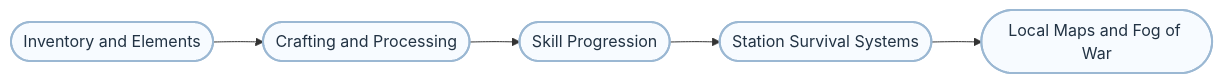
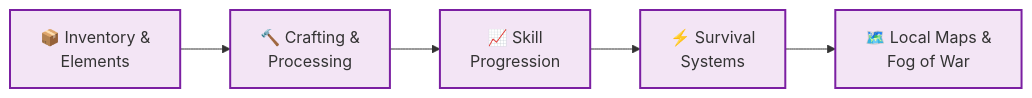
Before and after one commit to Bella-Addormentata/StarStationFurlong: the third of 6 diagrams in ROADMAP.md, drawn with Mermaid. The commit also changed other lines of this file, not shown here.

Commit message:
style(roadmap): modernize visual design and improve readability

````diff
--- a/ROADMAP.md
+++ b/ROADMAP.md
@@ -84,8 +95,13 @@
 ```mermaid
-flowchart LR
-    classDef future fill:#f7fbff,stroke:#9bb8d3,stroke-width:2px,color:#234,rx:10px,ry:10px
-    A([Inventory and Elements]):::future --> B([Crafting and Processing]):::future
-    B --> C([Skill Progression]):::future
-    C --> D([Station Survival Systems]):::future
-    D --> E([Local Maps and Fog of War]):::future
+graph LR
+    A[📦 Inventory &<br/>Elements] --> B[🔨 Crafting &<br/>Processing]
+    B --> C[📈 Skill<br/>Progression]
+    C --> D[⚡ Survival<br/>Systems]
+    D --> E[🗺️ Local Maps &<br/>Fog of War]
+    
+    style A fill:#f3e5f5,stroke:#7b1fa2,stroke-width:2px
+    style B fill:#f3e5f5,stroke:#7b1fa2,stroke-width:2px
+    style C fill:#f3e5f5,stroke:#7b1fa2,stroke-width:2px
+    style D fill:#f3e5f5,stroke:#7b1fa2,stroke-width:2px
+    style E fill:#f3e5f5,stroke:#7b1fa2,stroke-width:2px
 ```
````
